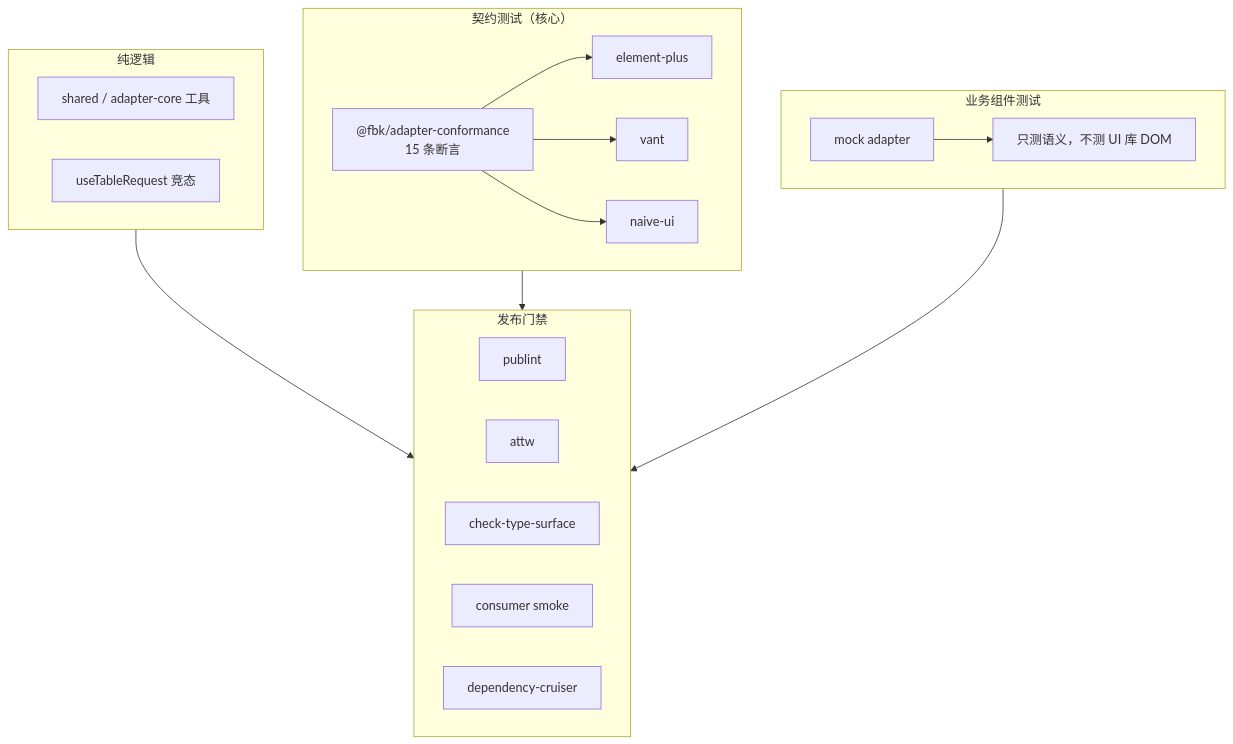
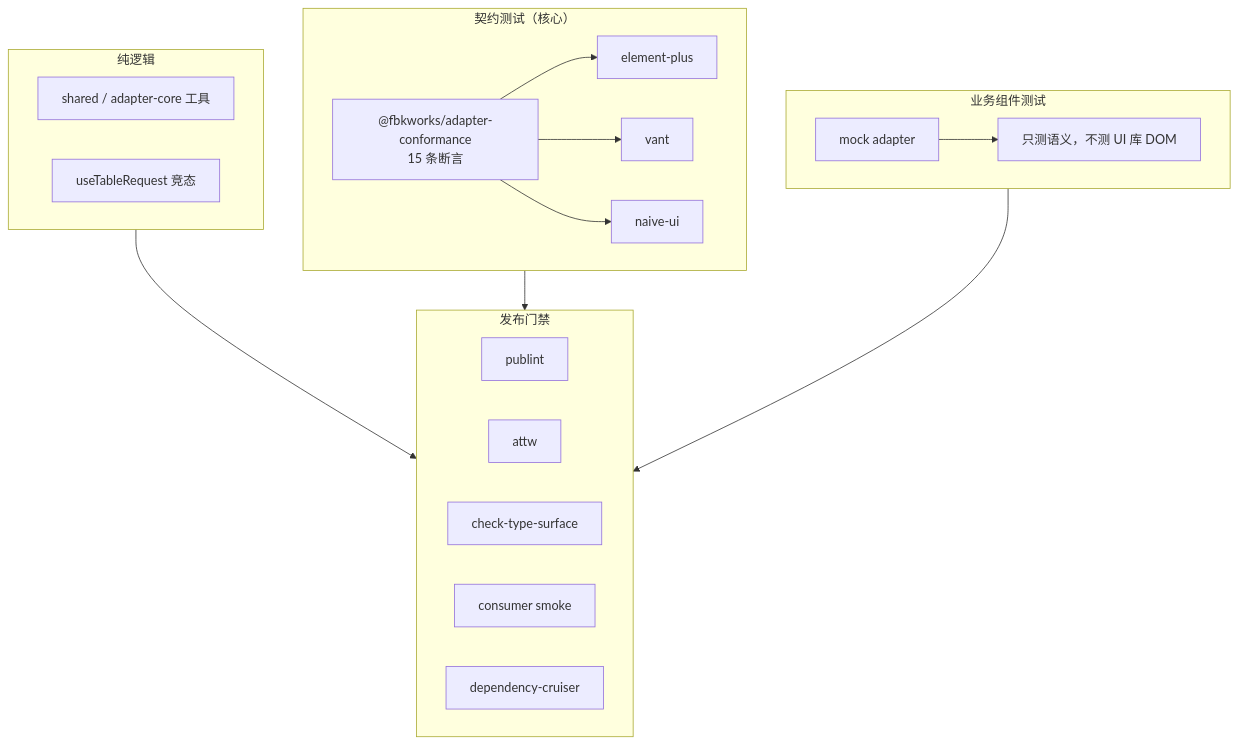
Before and after one commit to socalledPF/fbkworks: the tenth of 12 diagrams in apps/docs/guide/architecture-diagrams.md, drawn with Mermaid. The commit also changed other lines of this file and 273 other files, not shown here.

First line of the commit message:
chore: npm 作用域 @fbk → @fbkworks

````diff
--- a/apps/docs/guide/architecture-diagrams.md
+++ b/apps/docs/guide/architecture-diagrams.md
@@ -355,35 +355,35 @@
 ```mermaid
 flowchart TB
   subgraph unit["纯逻辑"]
     u1["shared / adapter-core 工具"]
     u2["useTableRequest 竞态"]
   end
 
   subgraph conformance["契约测试（核心）"]
-    c1["@fbk/adapter-conformance<br/>15 条断言"]
+    c1["@fbkworks/adapter-conformance<br/>15 条断言"]
     c2["element-plus"]
     c3["vant"]
     c4["naive-ui"]
     c1 --> c2
     c1 --> c3
     c1 --> c4
   end
 
   subgraph semantic["业务组件测试"]
     s1["mock adapter"]
     s2["只测语义，不测 UI 库 DOM"]
     s1 --> s2
   end
 
   subgraph gates["发布门禁"]
     g1["publint"]
     g2["attw"]
     g3["check-type-surface"]
     g4["consumer smoke"]
     g5["dependency-cruiser"]
   end
 
   unit --> gates
   conformance --> gates
   semantic --> gates
 ```
````
